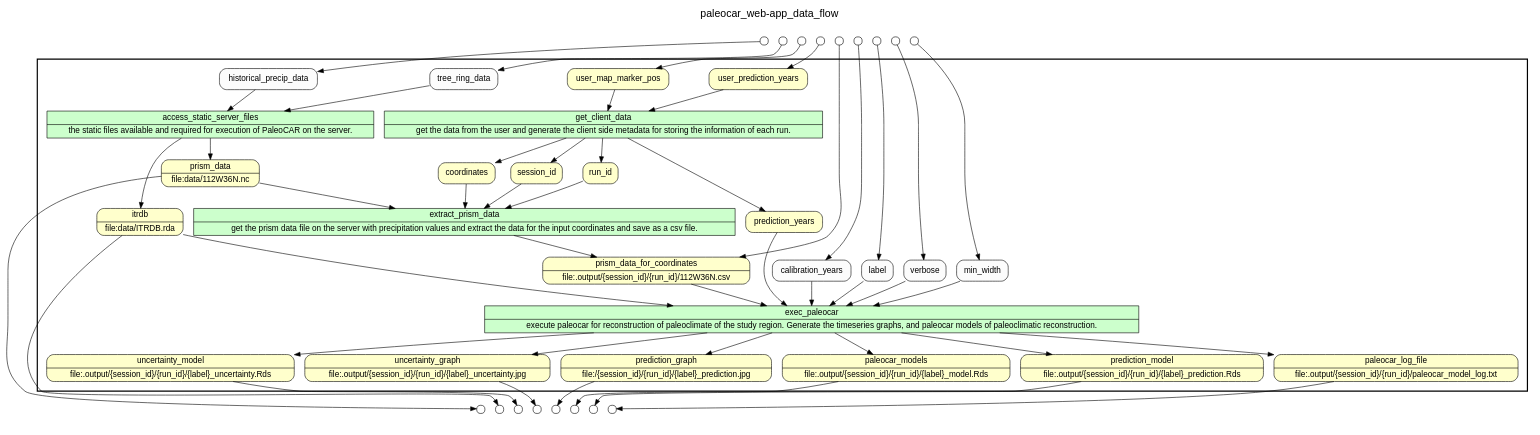
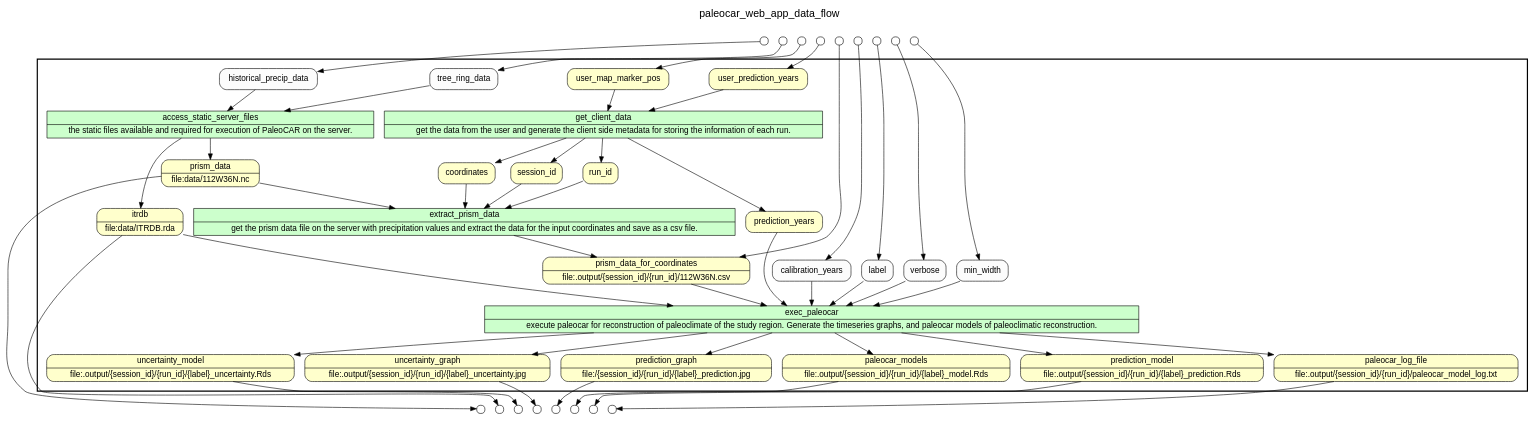
The diagram in yw/gv_files/main.gv (idaks/wt-prov-Summer-2017), drawn with Graphviz before and after one commit. The commit also changed 80 other files, not shown here.

```diff
--- a/yw/gv_files/main.gv
+++ b/yw/gv_files/main.gv
@@ -1,150 +1,150 @@
 
 /* Start of top-level graph */
 digraph Workflow {
 rankdir=TB
 
 /* Title for graph */
 fontname=Helvetica; fontsize=18; labelloc=t
-label="paleocar_web-app_data_flow"
+label=paleocar_web_app_data_flow
 
 /* Start of double cluster for drawing box around nodes in workflow */
 subgraph cluster_workflow_box_outer { label=""; color=black; penwidth=2
 subgraph cluster_workflow_box_inner { label=""; penwidth=0
 
 /* Style for nodes representing atomic programs in workflow */
 node[shape=box style=filled fillcolor="#CCFFCC" peripheries=1 fontname=Helvetica]
 
 /* Nodes representing atomic programs in workflow */
 get_client_data [shape=record rankdir=LR label="{<f0> get_client_data |<f1> get the data from the user and generate the client side metadata for storing the information of each run.}"];
 access_static_server_files [shape=record rankdir=LR label="{<f0> access_static_server_files |<f1> the static files available and required for execution of PaleoCAR on the server.}"];
 extract_prism_data [shape=record rankdir=LR label="{<f0> extract_prism_data |<f1> get the prism data file on the server with precipitation values and extract the data for the input coordinates and save as a csv file.}"];
 exec_paleocar [shape=record rankdir=LR label="{<f0> exec_paleocar |<f1> execute paleocar for reconstruction of paleoclimate of the study region. Generate the timeseries graphs, and paleocar models of paleoclimatic reconstruction.}"];
 
 /* Style for nodes representing non-parameter data channels in workflow */
 node[shape=box style="rounded,filled" fillcolor="#FFFFCC" peripheries=1 fontname=Helvetica]
 
 /* Nodes for non-parameter data channels in workflow */
 prism_data [shape=record rankdir=LR label="{<f0> prism_data |<f1> file\:data/112W36N.nc}"];
 itrdb [shape=record rankdir=LR label="{<f0> itrdb |<f1> file\:data/ITRDB.rda}"];
 prediction_graph [shape=record rankdir=LR label="{<f0> prediction_graph |<f1> file\:/\{session_id\}/\{run_id\}/\{label\}_prediction.jpg}"];
 paleocar_models [shape=record rankdir=LR label="{<f0> paleocar_models |<f1> file\:.output/\{session_id\}/\{run_id\}/\{label\}_model.Rds}"];
 prediction_model [shape=record rankdir=LR label="{<f0> prediction_model |<f1> file\:.output/\{session_id\}/\{run_id\}/\{label\}_prediction.Rds}"];
 paleocar_log_file [shape=record rankdir=LR label="{<f0> paleocar_log_file |<f1> file\:.output/\{session_id\}/\{run_id\}/paleocar_model_log.txt}"];
 uncertainty_model [shape=record rankdir=LR label="{<f0> uncertainty_model |<f1> file\:.output/\{session_id\}/\{run_id\}/\{label\}_uncertainty.Rds}"];
 uncertainty_graph [shape=record rankdir=LR label="{<f0> uncertainty_graph |<f1> file\:.output/\{session_id\}/\{run_id\}/\{label\}_uncertainty.jpg}"];
 user_map_marker_pos
 user_prediction_years
 coordinates
 session_id
 run_id
 prediction_years
 prism_data_for_coordinates [shape=record rankdir=LR label="{<f0> prism_data_for_coordinates |<f1> file\:.output/\{session_id\}/\{run_id\}/112W36N.csv}"];
 
 /* Style for nodes representing parameter channels in workflow */
 node[shape=box style="rounded,filled" fillcolor="#FCFCFC" peripheries=1 fontname=Helvetica]
 
 /* Nodes representing parameter channels in workflow */
 historical_precip_data
 tree_ring_data
 calibration_years
 label
 min_width
 verbose
 
 /* Edges representing connections between programs and channels */
 get_client_data -> session_id
 get_client_data -> run_id
 get_client_data -> coordinates
 get_client_data -> prediction_years
 user_map_marker_pos -> get_client_data
 user_prediction_years -> get_client_data
 access_static_server_files -> prism_data
 access_static_server_files -> itrdb
 historical_precip_data -> access_static_server_files
 tree_ring_data -> access_static_server_files
 extract_prism_data -> prism_data_for_coordinates
 coordinates -> extract_prism_data
 session_id -> extract_prism_data
 run_id -> extract_prism_data
 prism_data -> extract_prism_data
 exec_paleocar -> prediction_model
 exec_paleocar -> prediction_graph
 exec_paleocar -> uncertainty_model
 exec_paleocar -> paleocar_models
 exec_paleocar -> uncertainty_graph
 exec_paleocar -> paleocar_log_file
 prediction_years -> exec_paleocar
 prism_data_for_coordinates -> exec_paleocar
 itrdb -> exec_paleocar
 calibration_years -> exec_paleocar
 label -> exec_paleocar
 min_width -> exec_paleocar
 verbose -> exec_paleocar
 
 /* End of double cluster for drawing box around nodes in workflow */
 }}
 
 /* Hidden double-cluster for grouping workflow input ports */
 subgraph cluster_input_ports_group_outer { label=""; penwidth=0
 subgraph cluster_input_ports_group_inner { label=""; penwidth=0
 
 /* Style for nodes representing workflow input ports */
 node[shape=circle style="rounded,filled" fillcolor="#FFFFFF" peripheries=1 fontname=Helvetica width=0.2]
 
 /* Nodes representing workflow input ports */
 user_map_marker_pos_input_port [label=""]
 user_prediction_years_input_port [label=""]
 prism_data_for_coordinates_input_port [label=""]
 calibration_years_input_port [label=""]
 label_input_port [label=""]
 verbose_input_port [label=""]
 min_width_input_port [label=""]
 historical_precip_data_input_port [label=""]
 tree_ring_data_input_port [label=""]
 
 /* End of double-cluster for grouping workflow input ports */
 }}
 
 /* Hidden double-cluster for grouping workflow output ports */
 subgraph cluster_output_ports_group_outer { label=""; penwidth=0
 subgraph cluster_output_ports_group_inner { label=""; penwidth=0
 
 /* Style for nodes representing workflow output ports */
 node[shape=circle style="rounded,filled" fillcolor="#FFFFFF" peripheries=1 fontname=Helvetica width=0.2]
 
 /* Nodes representing workflow output ports */
 prism_data_output_port [label=""]
 itrdb_output_port [label=""]
 prediction_graph_output_port [label=""]
 paleocar_models_output_port [label=""]
 prediction_model_output_port [label=""]
 paleocar_log_file_output_port [label=""]
 uncertainty_model_output_port [label=""]
 uncertainty_graph_output_port [label=""]
 
 /* End of double-cluster for grouping workflow output ports */
 }}
 
 /* Edges from input ports to channels */
 user_map_marker_pos_input_port -> user_map_marker_pos
 user_prediction_years_input_port -> user_prediction_years
 prism_data_for_coordinates_input_port -> prism_data_for_coordinates
 calibration_years_input_port -> calibration_years
 label_input_port -> label
 verbose_input_port -> verbose
 min_width_input_port -> min_width
 historical_precip_data_input_port -> historical_precip_data
 tree_ring_data_input_port -> tree_ring_data
 
 /* Edges from channels to output ports */
 prism_data -> prism_data_output_port
 itrdb -> itrdb_output_port
 prediction_graph -> prediction_graph_output_port
 paleocar_models -> paleocar_models_output_port
 prediction_model -> prediction_model_output_port
 paleocar_log_file -> paleocar_log_file_output_port
 uncertainty_model -> uncertainty_model_output_port
 uncertainty_graph -> uncertainty_graph_output_port
 
 /* End of top-level graph */
 }
```
